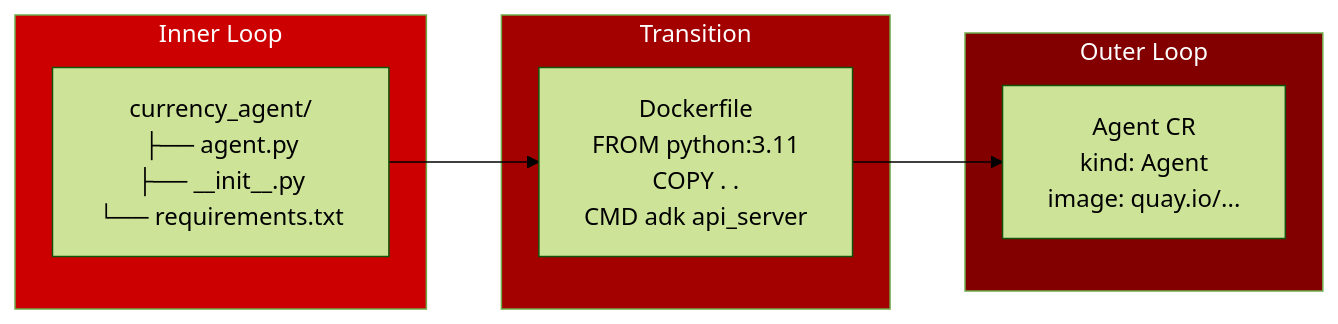
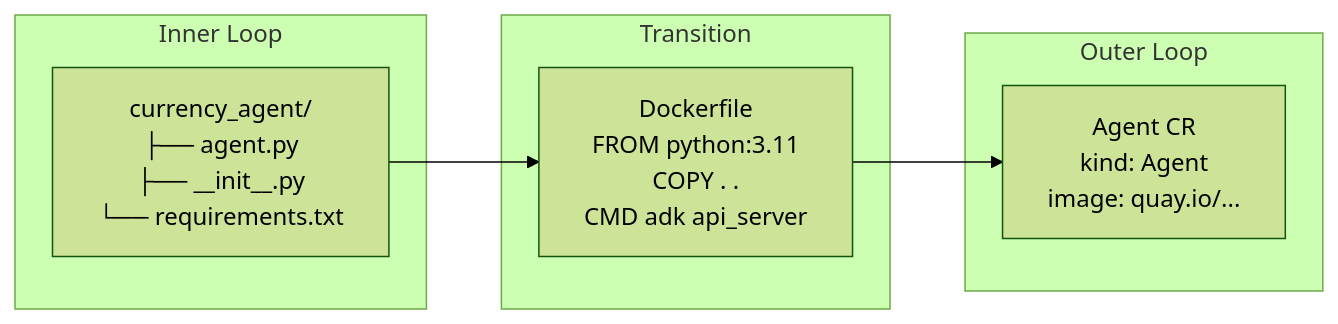
The third of 3 diagrams in docs/concepts/inner-outer-loop.md (rrbanda/agent-sandbox-ocp), drawn with Mermaid (forest theme) before and after one commit. The commit also changed other lines of this file and 118 other files, not shown here.

````diff
--- a/docs/concepts/inner-outer-loop.md
+++ b/docs/concepts/inner-outer-loop.md
@@ -120,20 +110,16 @@
 ```mermaid
 flowchart LR
     subgraph inner["Inner Loop"]
         A["currency_agent/<br/>├── agent.py<br/>├── __init__.py<br/>└── requirements.txt"]
     end
     
     subgraph transition["Transition"]
         B["Dockerfile<br/>FROM python:3.11<br/>COPY . .<br/>CMD adk api_server"]
     end
     
     subgraph outer["Outer Loop"]
         C["Agent CR<br/>kind: Agent<br/>image: quay.io/..."]
     end
     
     A --> B --> C
-    
-    style inner fill:#CC0000,color:#FFFFFF
-    style transition fill:#A30000,color:#FFFFFF
-    style outer fill:#820000,color:#FFFFFF
 ```
````
